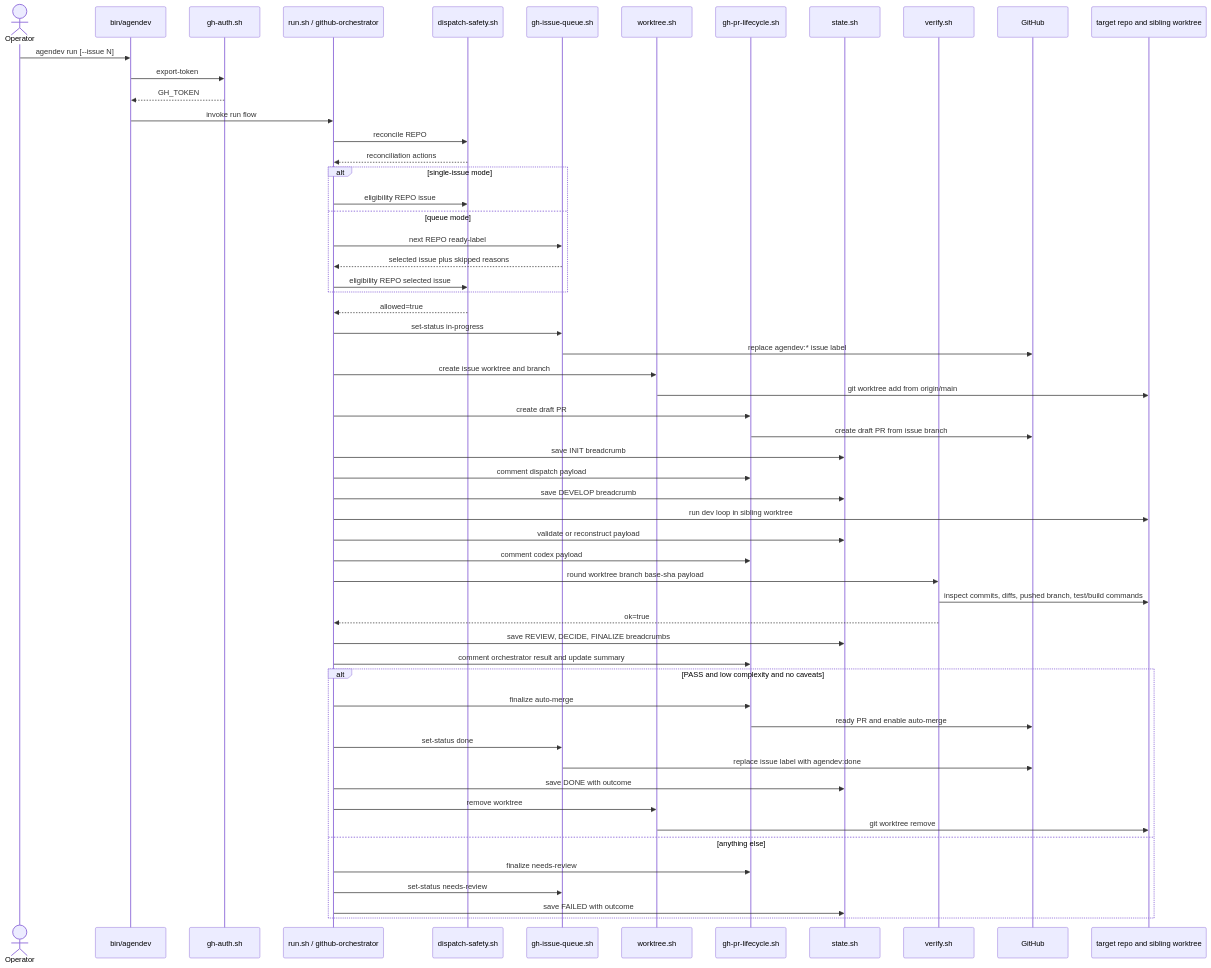
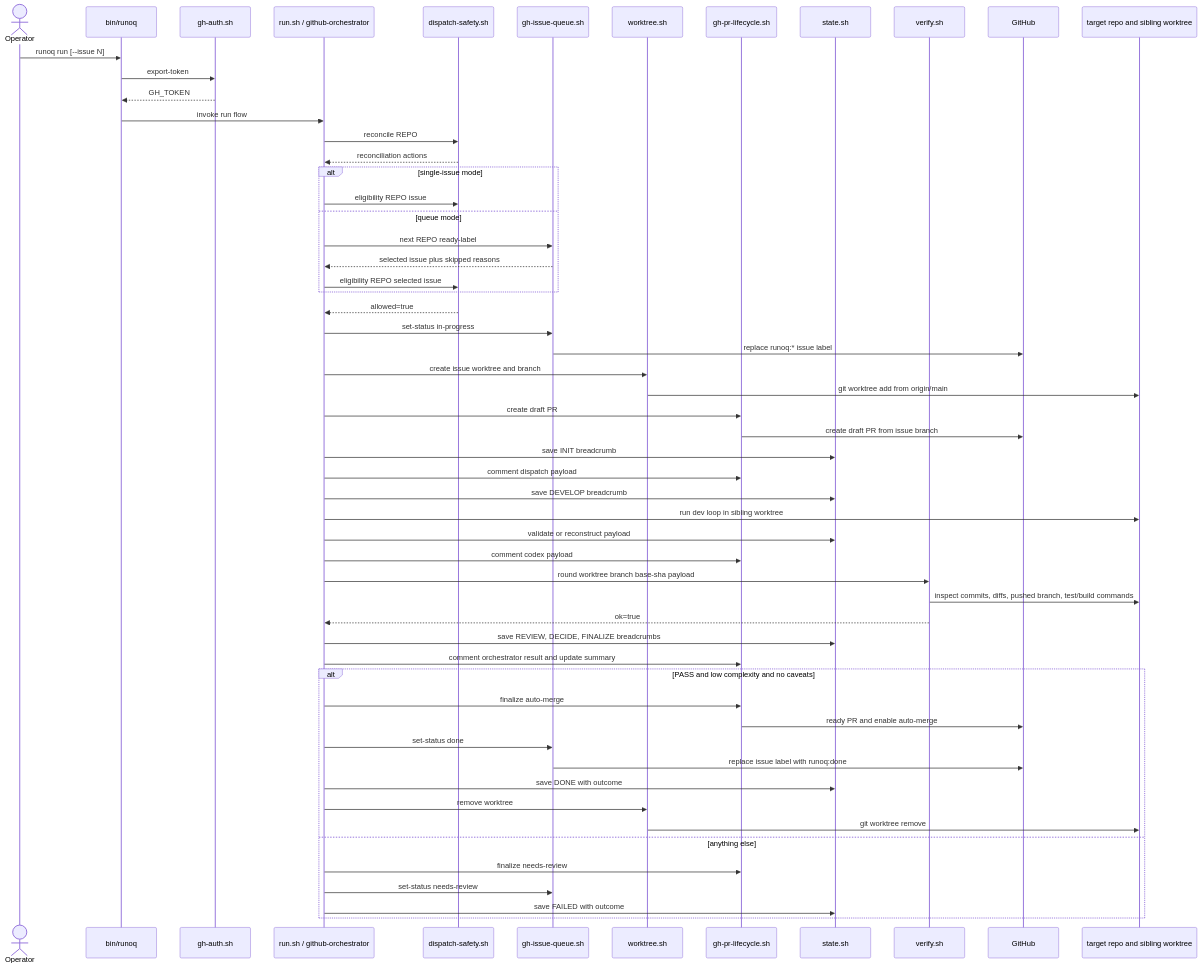
One commit to morhekil/runoq changed the second of 6 diagrams in docs/architecture/flows.md. Above: the diagram before and after it, drawn with Mermaid. The commit also changed other lines of this file and 98 other files, not shown here.

Commit message:
rebranding from agendev to runoq

````diff
--- a/docs/architecture/flows.md
+++ b/docs/architecture/flows.md
@@ -58,60 +58,60 @@
 ```mermaid
 sequenceDiagram
   actor Operator
-  participant CLI as bin/agendev
+  participant CLI as bin/runoq
   participant Auth as gh-auth.sh
   participant Run as run.sh / github-orchestrator
   participant Safety as dispatch-safety.sh
   participant Queue as gh-issue-queue.sh
   participant WT as worktree.sh
   participant PR as gh-pr-lifecycle.sh
   participant State as state.sh
   participant Verify as verify.sh
   participant GH as GitHub
   participant FS as target repo and sibling worktree
 
-  Operator->>CLI: agendev run [--issue N]
+  Operator->>CLI: runoq run [--issue N]
   CLI->>Auth: export-token
   Auth-->>CLI: GH_TOKEN
   CLI->>Run: invoke run flow
   Run->>Safety: reconcile REPO
   Safety-->>Run: reconciliation actions
   alt single-issue mode
     Run->>Safety: eligibility REPO issue
   else queue mode
     Run->>Queue: next REPO ready-label
     Queue-->>Run: selected issue plus skipped reasons
     Run->>Safety: eligibility REPO selected issue
   end
   Safety-->>Run: allowed=true
   Run->>Queue: set-status in-progress
-  Queue->>GH: replace agendev:* issue label
+  Queue->>GH: replace runoq:* issue label
   Run->>WT: create issue worktree and branch
   WT->>FS: git worktree add from origin/main
   Run->>PR: create draft PR
   PR->>GH: create draft PR from issue branch
   Run->>State: save INIT breadcrumb
   Run->>PR: comment dispatch payload
   Run->>State: save DEVELOP breadcrumb
   Run->>FS: run dev loop in sibling worktree
   Run->>State: validate or reconstruct payload
   Run->>PR: comment codex payload
   Run->>Verify: round worktree branch base-sha payload
   Verify->>FS: inspect commits, diffs, pushed branch, test/build commands
   Verify-->>Run: ok=true
   Run->>State: save REVIEW, DECIDE, FINALIZE breadcrumbs
   Run->>PR: comment orchestrator result and update summary
   alt PASS and low complexity and no caveats
     Run->>PR: finalize auto-merge
     PR->>GH: ready PR and enable auto-merge
     Run->>Queue: set-status done
-    Queue->>GH: replace issue label with agendev:done
+    Queue->>GH: replace issue label with runoq:done
     Run->>State: save DONE with outcome
     Run->>WT: remove worktree
     WT->>FS: git worktree remove
   else anything else
     Run->>PR: finalize needs-review
     Run->>Queue: set-status needs-review
     Run->>State: save FAILED with outcome
   end
 ```
````
